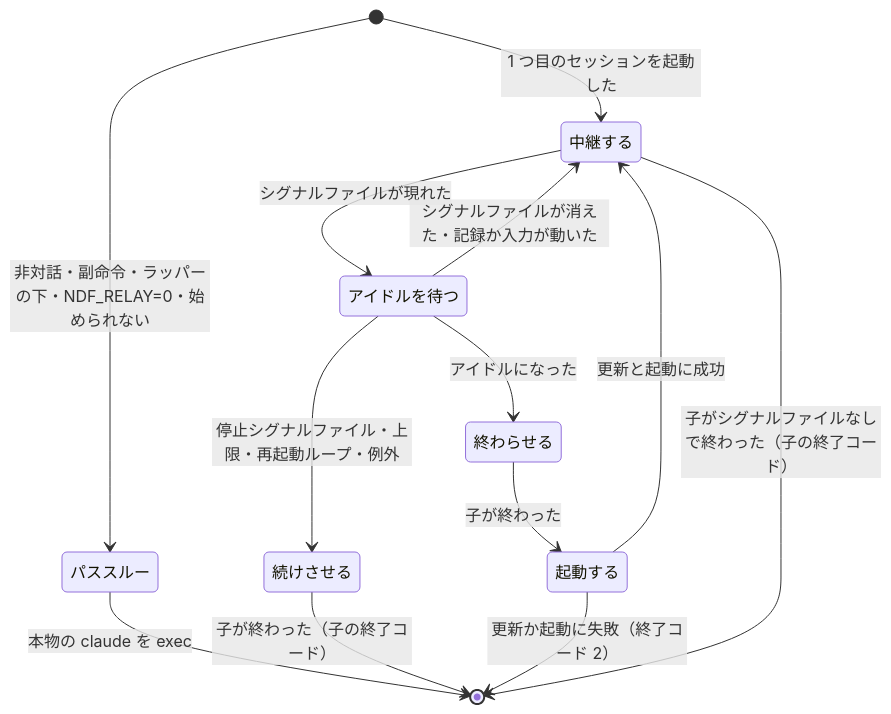
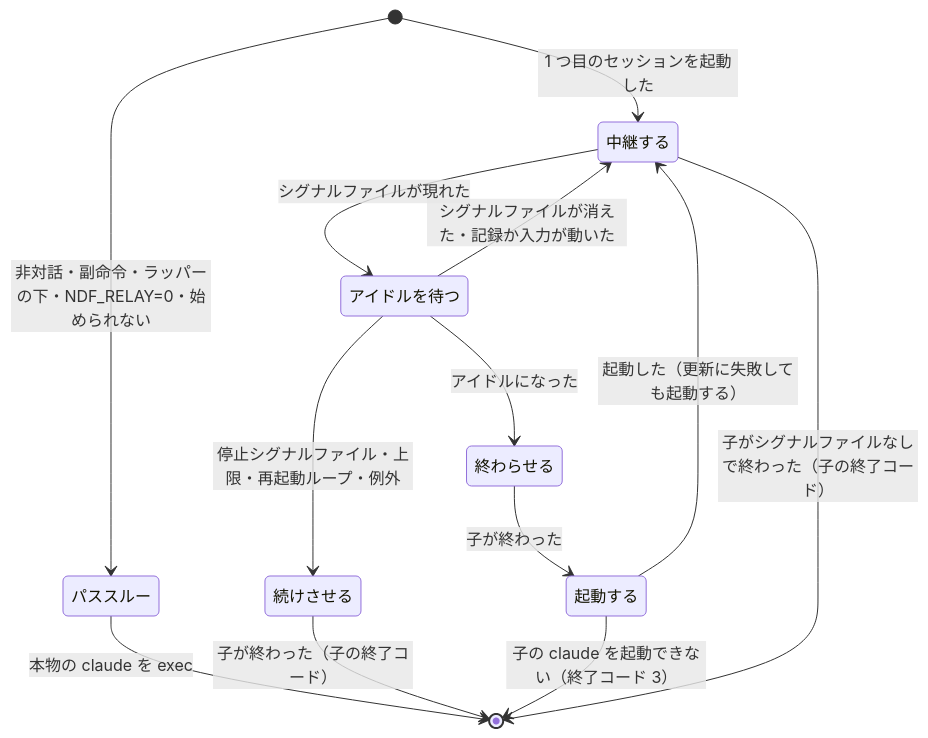
Before and after one commit to devbasex/ai-plugins: the second of 2 diagrams in docs/specifications/ndf-relay-segment-restart.md, drawn with Mermaid. The commit also changed other lines of this file, not shown here.

````diff
--- a/docs/specifications/ndf-relay-segment-restart.md
+++ b/docs/specifications/ndf-relay-segment-restart.md
@@ -214,15 +218,15 @@
 ```mermaid
 stateDiagram-v2
     [*] --> パススルー: 非対話・副命令・ラッパーの下・NDF_RELAY=0・始められない
     パススルー --> [*]: 本物の claude を exec
     [*] --> 中継する: 1 つ目のセッションを起動した
     中継する --> アイドルを待つ: シグナルファイルが現れた
     アイドルを待つ --> 中継する: シグナルファイルが消えた・記録か入力が動いた
     アイドルを待つ --> 続けさせる: 停止シグナルファイル・上限・再起動ループ・例外
     アイドルを待つ --> 終わらせる: アイドルになった
     続けさせる --> [*]: 子が終わった（子の終了コード）
     終わらせる --> 起動する: 子が終わった
-    起動する --> 中継する: 更新と起動に成功
-    起動する --> [*]: 更新か起動に失敗（終了コード 2）
+    起動する --> 中継する: 起動した（更新に失敗しても起動する）
+    起動する --> [*]: 子の claude を起動できない（終了コード 3）
     中継する --> [*]: 子がシグナルファイルなしで終わった（子の終了コード）
 ```
````
